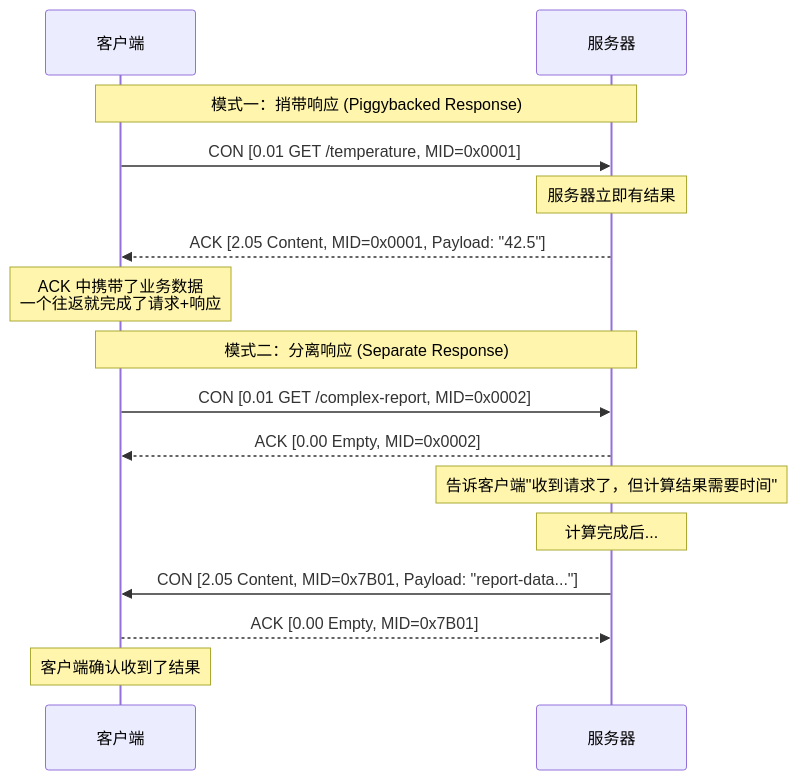
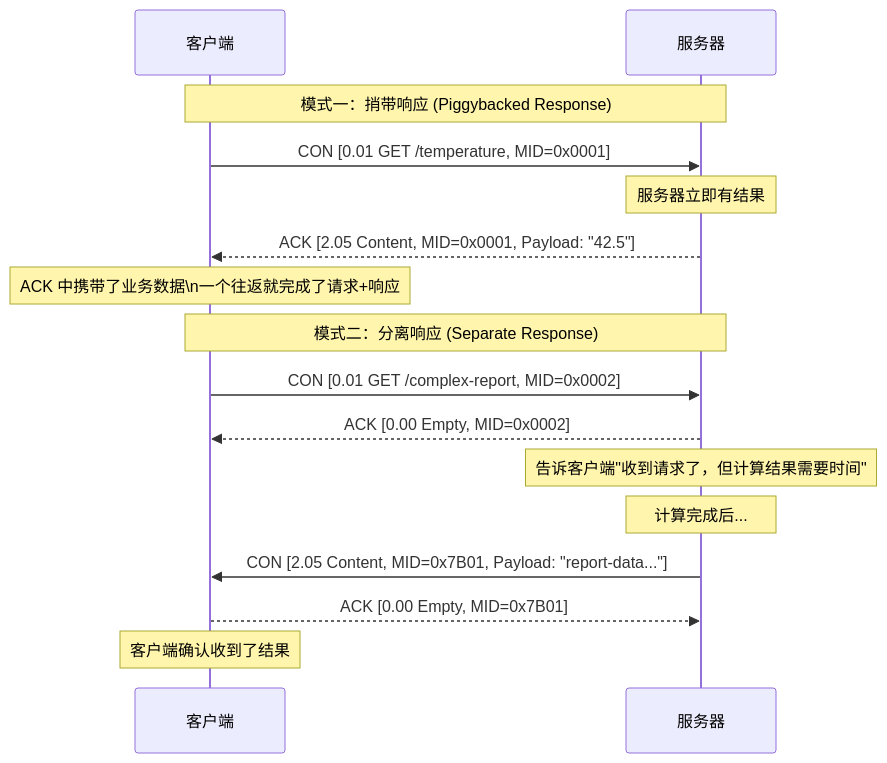
One commit to yaocat55/yaocat55.github.io changed the fourth of 10 diagrams in content/posts/iot/CoapProtocol.md. Above: the diagram before and after it, drawn with Mermaid. The commit also changed other lines of this file and 155 other files, not shown here.

````diff
--- a/content/posts/iot/CoapProtocol.md
+++ b/content/posts/iot/CoapProtocol.md
@@ -245,22 +245,22 @@
 ```mermaid
 sequenceDiagram
     participant C as 客户端
     participant S as 服务器
 
     Note over C,S: 模式一：捎带响应 (Piggybacked Response)
 
     C->>S: CON [0.01 GET /temperature, MID=0x0001]
     Note over S: 服务器立即有结果
     S-->>C: ACK [2.05 Content, MID=0x0001, Payload: "42.5"]
-    Note over C: ACK 中携带了业务数据<br/>一个往返就完成了请求+响应
+    Note over C: ACK 中携带了业务数据\n一个往返就完成了请求+响应
 
     Note over C,S: 模式二：分离响应 (Separate Response)
 
     C->>S: CON [0.01 GET /complex-report, MID=0x0002]
     S-->>C: ACK [0.00 Empty, MID=0x0002]
     Note over S: 告诉客户端"收到请求了，但计算结果需要时间"
     Note over S: 计算完成后...
     S->>C: CON [2.05 Content, MID=0x7B01, Payload: "report-data..."]
     C-->>S: ACK [0.00 Empty, MID=0x7B01]
     Note over C: 客户端确认收到了结果
 ```
````
